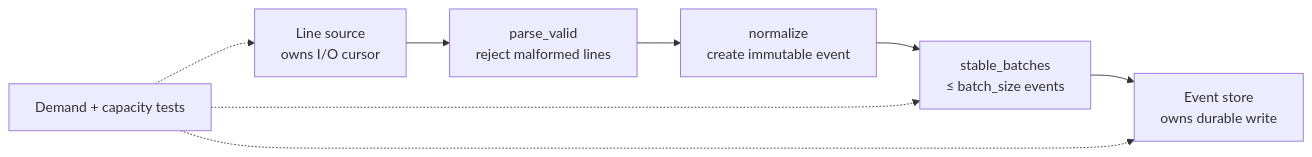
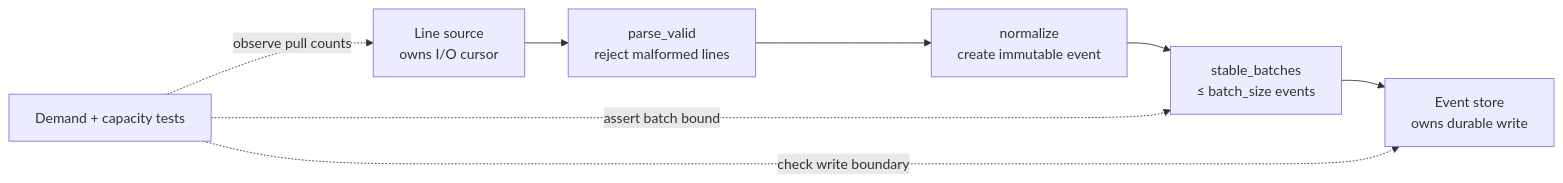
One commit to michaeliu3/atlas-academy-python-cs changed the ninth of 10 diagrams in content/modules/07_stacks_queues_iteration_lazy.md. Above: the diagram before and after it, drawn with Mermaid. The commit also changed other lines of this file and 8 other files, not shown here.

````diff
--- a/content/modules/07_stacks_queues_iteration_lazy.md
+++ b/content/modules/07_stacks_queues_iteration_lazy.md
@@ -975,10 +1009,13 @@
 ```mermaid
+%% atlas-diagram-id: m07-atlas-lazy-ingestion-architecture
+%% atlas-diagram-title: Atlas ingestion separates cursor ownership, validation, immutable batching, and durable writes
+%% atlas-diagram-alt: A line source owns its I/O cursor, parse_valid rejects malformed lines, normalization creates immutable events, stable_batches produces tuples no larger than batch_size, and the store owns durable writes. Demand and capacity tests observe these boundaries.
 flowchart LR
     SRC["Line source<br/>owns I/O cursor"] --> PARSE["parse_valid<br/>reject malformed lines"]
     PARSE --> NORMAL["normalize<br/>create immutable event"]
     NORMAL --> BATCH["stable_batches<br/>≤ batch_size events"]
     BATCH --> SINK["Event store<br/>owns durable write"]
-    AUDIT["Demand + capacity tests"] -.-> SRC
-    AUDIT -.-> BATCH
-    AUDIT -.-> SINK
+    AUDIT["Demand + capacity tests"] -. "observe pull counts" .-> SRC
+    AUDIT -. "assert batch bound" .-> BATCH
+    AUDIT -. "check write boundary" .-> SINK
 ```
````
